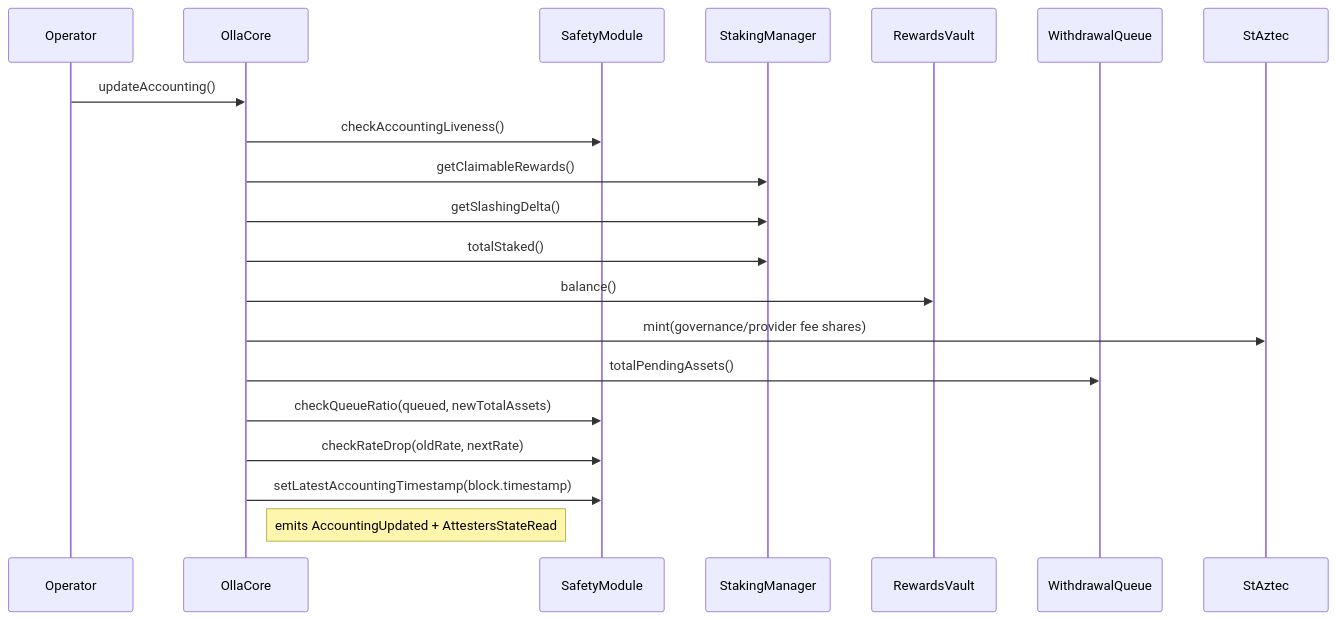
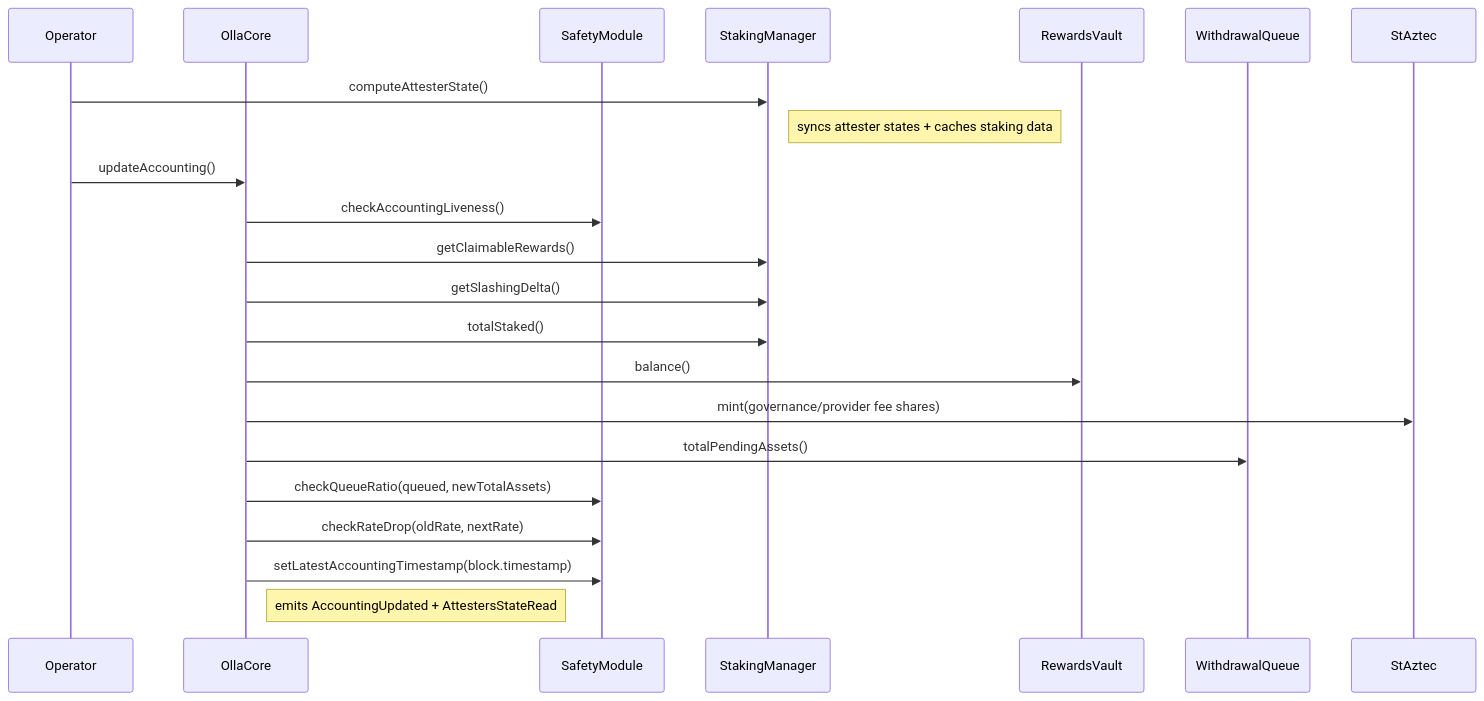
One commit to ollafinance/core changed the tenth of 10 diagrams in mermaid-diagrams.md. Above: the diagram before and after it, drawn with Mermaid. The commit also changed other lines of this file and 22 other files, not shown here.

````diff
--- a/mermaid-diagrams.md
+++ b/mermaid-diagrams.md
@@ -340,23 +343,25 @@
 ```mermaid
 sequenceDiagram
     participant OP as Operator
     participant C as OllaCore
     participant SAF as SafetyModule
     participant SM as StakingManager
     participant RV as RewardsVault
     participant WQ as WithdrawalQueue
     participant ST as StAztec
 
+    OP->>SM: computeAttesterState()
+    Note right of SM: syncs attester states + caches staking data
     OP->>C: updateAccounting()
     C->>SAF: checkAccountingLiveness()
     C->>SM: getClaimableRewards()
     C->>SM: getSlashingDelta()
     C->>SM: totalStaked()
     C->>RV: balance()
     C->>ST: mint(governance/provider fee shares)
     C->>WQ: totalPendingAssets()
     C->>SAF: checkQueueRatio(queued, newTotalAssets)
     C->>SAF: checkRateDrop(oldRate, nextRate)
     C->>SAF: setLatestAccountingTimestamp(block.timestamp)
     Note right of C: emits AccountingUpdated + AttestersStateRead
 ```
````
